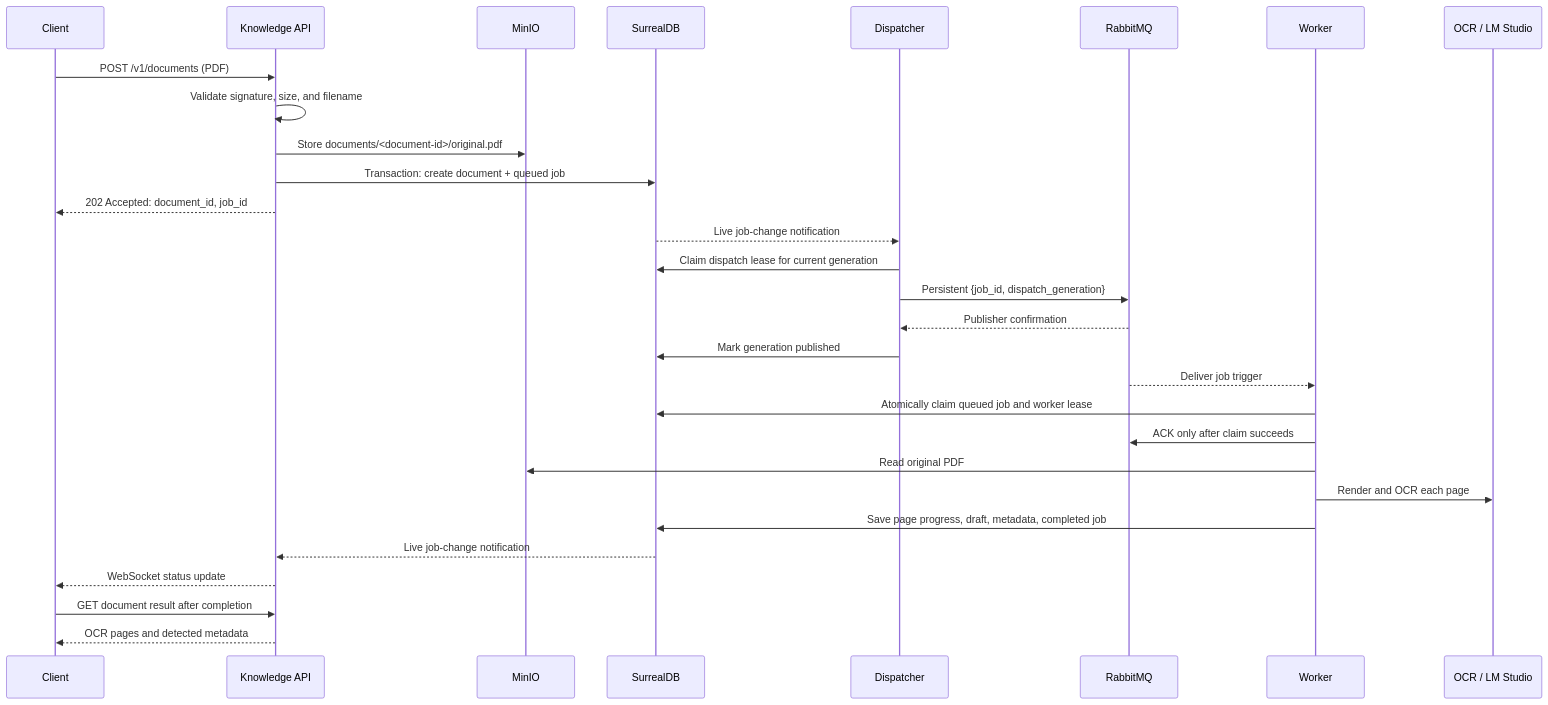
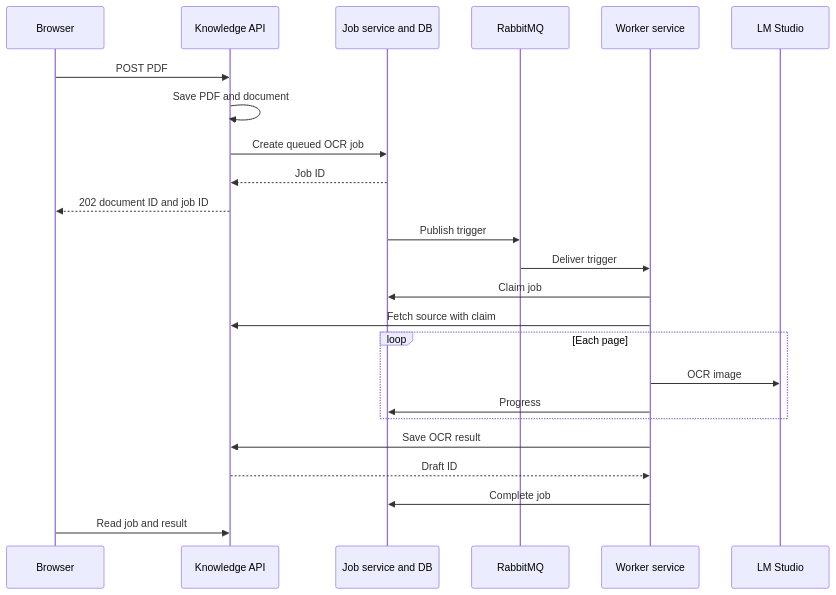
Before and after one commit to quoocnhaan/student-information-system: the diagram in services/ai-service/docs/UPLOAD_TO_OCR_PRESENTATION_GUIDE.md, drawn with Mermaid. The commit also changed other lines of this file and 95 other files, not shown here.

Commit message:
add job-service and worker-service

````diff
--- a/services/ai-service/docs/UPLOAD_TO_OCR_PRESENTATION_GUIDE.md
+++ b/services/ai-service/docs/UPLOAD_TO_OCR_PRESENTATION_GUIDE.md
@@ -68,32 +60,26 @@
 ```mermaid
 sequenceDiagram
-    participant C as Client
-    participant A as Knowledge API
-    participant M as MinIO
-    participant S as SurrealDB
-    participant D as Dispatcher
-    participant R as RabbitMQ
-    participant W as Worker
-    participant O as OCR / LM Studio
-
-    C->>A: POST /v1/documents (PDF)
-    A->>A: Validate signature, size, and filename
-    A->>M: Store documents/<document-id>/original.pdf
-    A->>S: Transaction: create document + queued job
-    A-->>C: 202 Accepted: document_id, job_id
-    S-->>D: Live job-change notification
-    D->>S: Claim dispatch lease for current generation
-    D->>R: Persistent {job_id, dispatch_generation}
-    R-->>D: Publisher confirmation
-    D->>S: Mark generation published
-    R-->>W: Deliver job trigger
-    W->>S: Atomically claim queued job and worker lease
-    W->>R: ACK only after claim succeeds
-    W->>M: Read original PDF
-    W->>O: Render and OCR each page
-    W->>S: Save page progress, draft, metadata, completed job
-    S-->>A: Live job-change notification
-    A-->>C: WebSocket status update
-    C->>A: GET document result after completion
-    A-->>C: OCR pages and detected metadata
+  participant B as Browser
+  participant K as Knowledge API
+  participant J as Job service and DB
+  participant R as RabbitMQ
+  participant W as Worker service
+  participant L as LM Studio
+  B->>K: POST PDF
+  K->>K: Save PDF and document
+  K->>J: Create queued OCR job
+  J-->>K: Job ID
+  K-->>B: 202 document ID and job ID
+  J->>R: Publish trigger
+  R->>W: Deliver trigger
+  W->>J: Claim job
+  W->>K: Fetch source with claim
+  loop Each page
+    W->>L: OCR image
+    W->>J: Progress
+  end
+  W->>K: Save OCR result
+  K-->>W: Draft ID
+  W->>J: Complete job
+  B->>K: Read job and result
 ```
````
